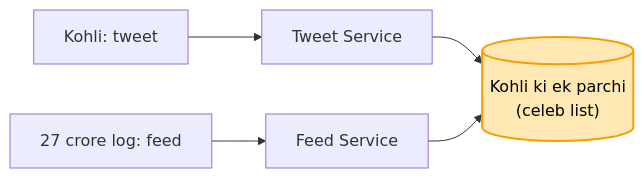
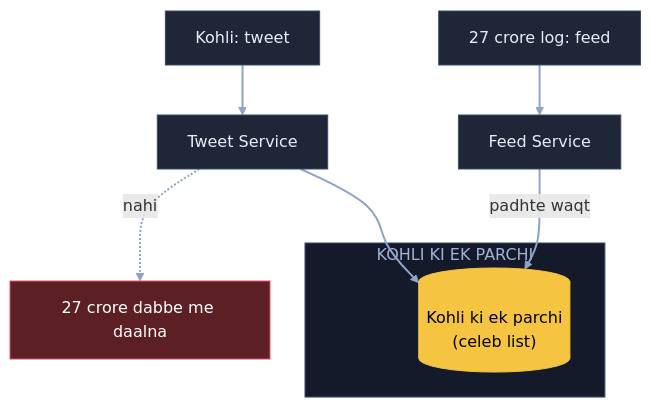
Before and after one commit to ArpanMaheshwari144/Prep: the second of 15 diagrams in 04_HLD/SYSTEM_DESIGNS/03_twitter_feed/03_twitter_feed.md, drawn with Mermaid. The commit also changed other lines of this file, not shown here.

Commit message:
Twitter: 15 diagram YouTube (reel) wale card andaaz me

````diff
--- a/04_HLD/SYSTEM_DESIGNS/03_twitter_feed/03_twitter_feed.md
+++ b/04_HLD/SYSTEM_DESIGNS/03_twitter_feed/03_twitter_feed.md
@@ -57,8 +69,22 @@
 ```mermaid
-flowchart LR
-    K["Kohli: tweet"] --> TS["Tweet Service"]
-    TS --> P[("Kohli ki ek parchi<br/>(celeb list)")]
-    R["27 crore log: feed"] --> FS["Feed Service"]
-    FS --> P
-    style P fill:#ffe8b3,stroke:#f59f00,stroke-width:2px,color:#000
+flowchart TB
+    K["Kohli: tweet"]:::card
+    TS["Tweet Service"]:::card
+    X["27 crore dabbe me daalna"]:::bad
+    subgraph PC["KOHLI KI EK PARCHI"]
+        P[("Kohli ki ek parchi<br/>(celeb list)")]:::pill
+    end
+    FS["Feed Service"]:::card
+    R["27 crore log: feed"]:::card
+    K --> TS
+    TS -. "nahi" .-> X
+    TS --> P
+    R --> FS
+    FS -- "padhte waqt" --> P
+    linkStyle default stroke:#8fa3c7,stroke-width:2px
+    classDef card fill:#1e2638,stroke:#3a4a6b,color:#e8ecf5
+    classDef pill fill:#f5c542,stroke:#f5c542,color:#000
+    classDef good fill:#2e7d4f,stroke:#3fbf6f,color:#fff
+    classDef bad fill:#5c1f24,stroke:#e05561,color:#fff
+    style PC fill:#141a29,stroke:#3a4a6b,color:#9fb3d9
 ```
````
